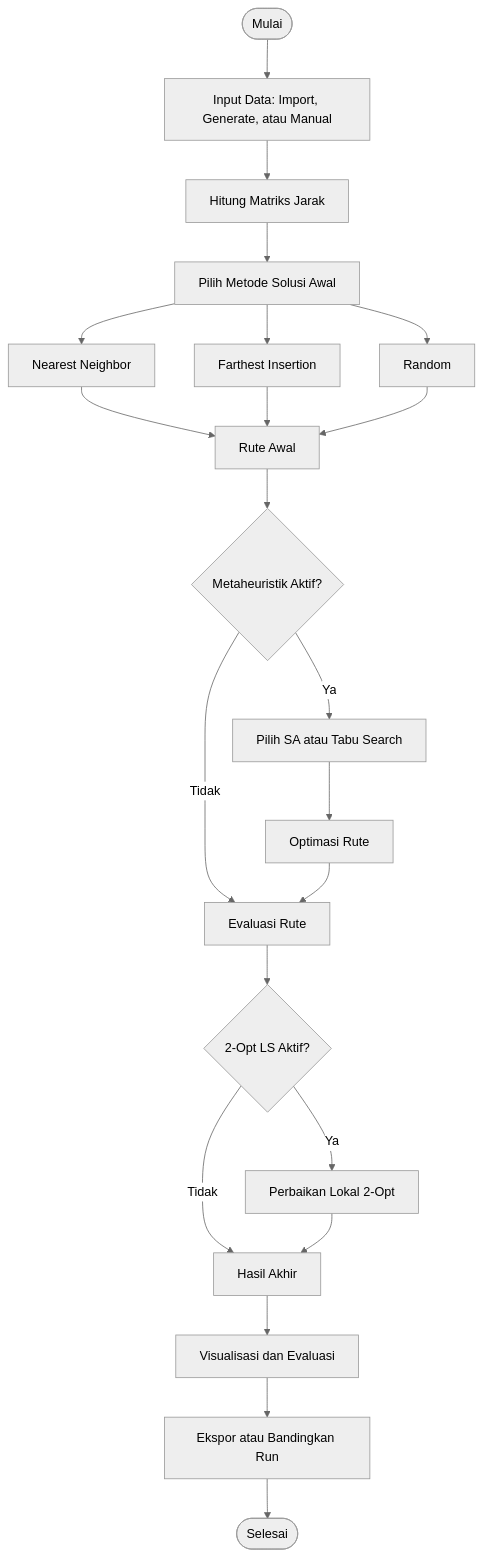
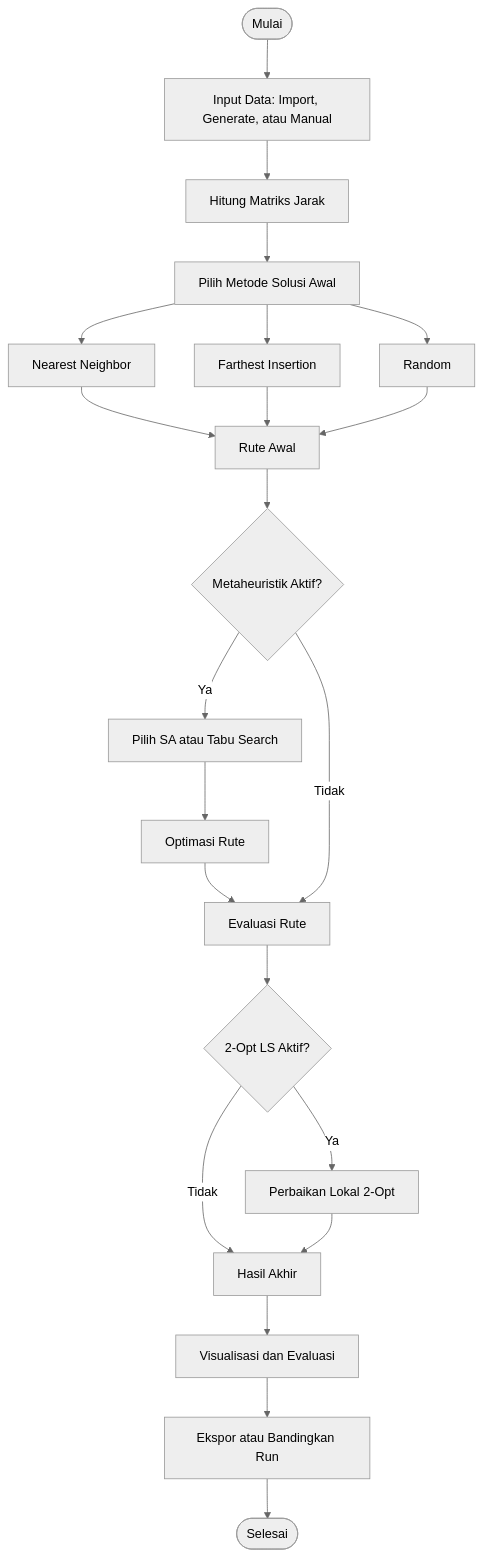
One commit to Violita-archive/tsp-metaheuristic changed the diagram in README.md. Above: the diagram before and after it, drawn with Mermaid (neutral theme). The commit also changed other lines of this file, not shown here.

````diff
--- a/README.md
+++ b/README.md
@@ -155,29 +153,29 @@
 ```mermaid
 flowchart TD
     A([Mulai]) --> B[Input Data: Import, Generate, atau Manual]
     B --> C[Hitung Matriks Jarak]
     C --> D[Pilih Metode Solusi Awal]
 
     D --> E[Nearest Neighbor]
     D --> F[Farthest Insertion]
     D --> G[Random]
 
     E --> H[Rute Awal]
     F --> H
     G --> H
 
     H --> I{Metaheuristik Aktif?}
     I -->|Ya| J[Pilih SA atau Tabu Search]
-    I -->|Tidak| L[Evaluasi Rute]
     J --> K[Optimasi Rute]
-    K --> L
+    K --> L[Evaluasi Rute]
+    I -->|Tidak| L
 
     L --> M{2-Opt LS Aktif?}
     M -->|Ya| N[Perbaikan Lokal 2-Opt]
     M -->|Tidak| O[Hasil Akhir]
     N --> O
 
     O --> P[Visualisasi dan Evaluasi]
     P --> Q[Ekspor atau Bandingkan Run]
     Q --> R([Selesai])
 ```
````
